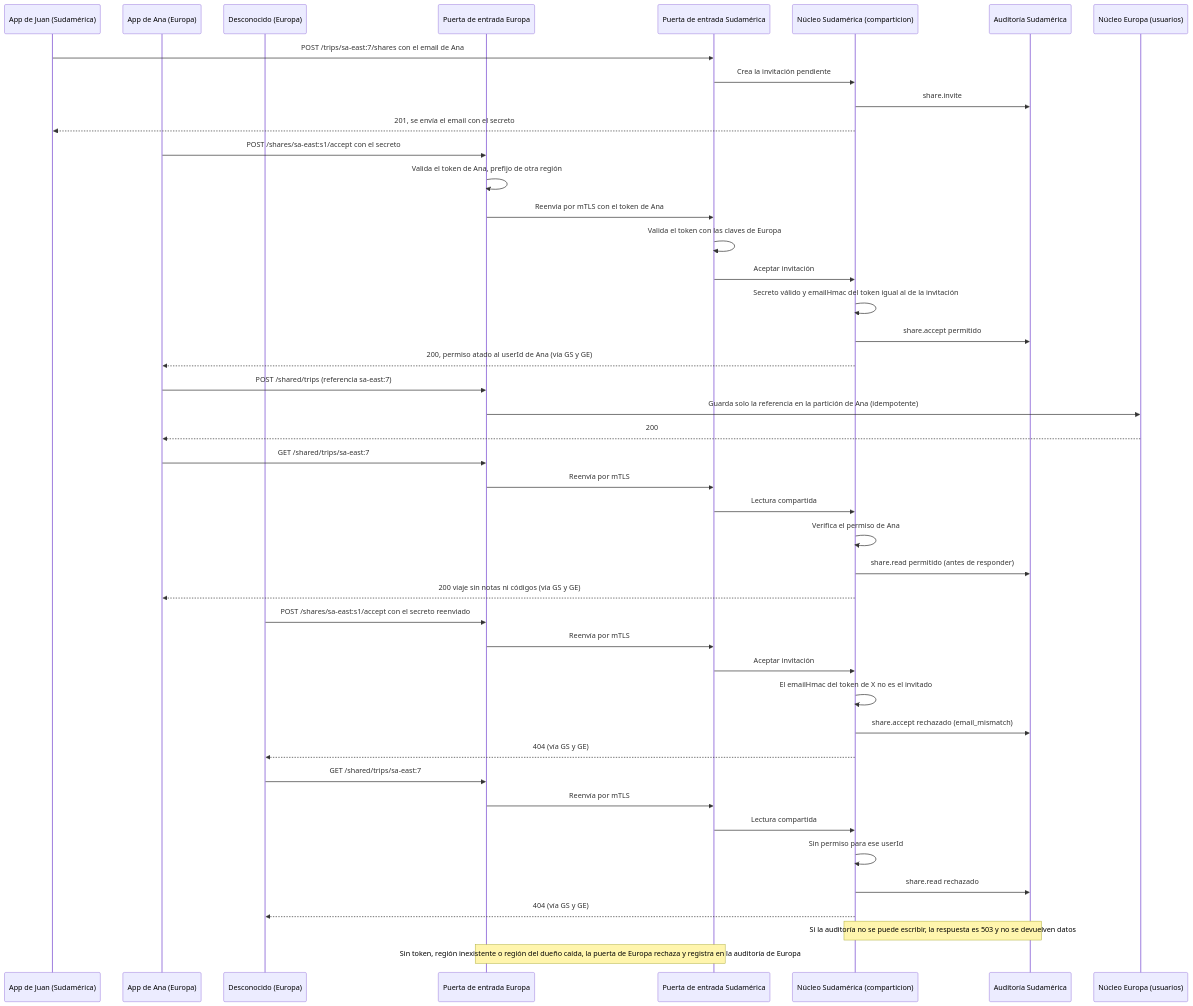
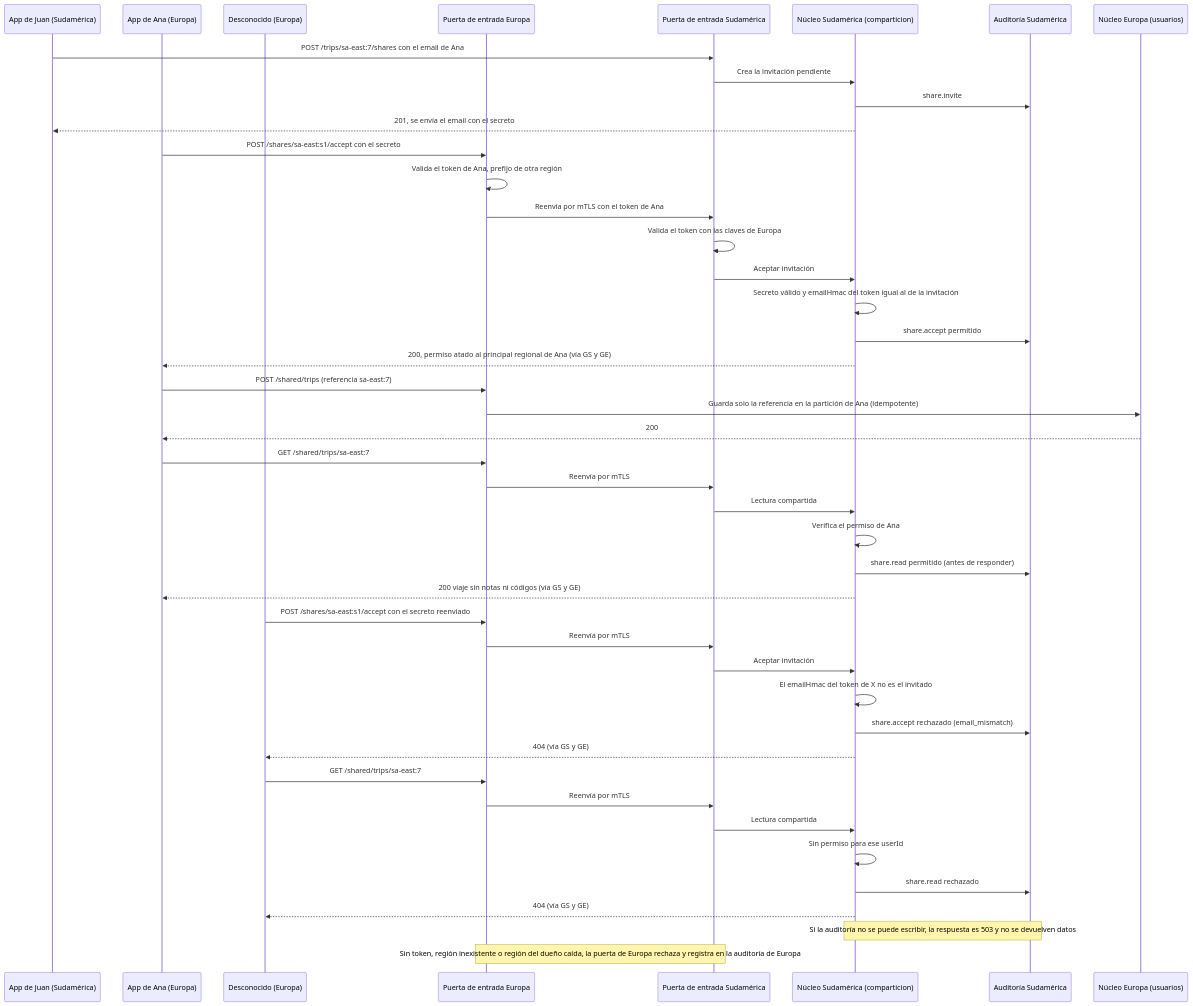
Before and after one commit to TadeoBrun1/TPE_software: the third of 5 diagrams in trotamundos/docs/02-views/sequence-views.md, drawn with Mermaid. The commit also changed other lines of this file and 25 other files, not shown here.

````diff
--- a/trotamundos/docs/02-views/sequence-views.md
+++ b/trotamundos/docs/02-views/sequence-views.md
@@ -94,46 +94,46 @@
 ```mermaid
 sequenceDiagram
     participant J as App de Juan (Sudamérica)
     participant A as App de Ana (Europa)
     participant X as Desconocido (Europa)
     participant GE as Puerta de entrada Europa
     participant GS as Puerta de entrada Sudamérica
     participant N as Núcleo Sudamérica (comparticion)
     participant AU as Auditoría Sudamérica
     participant NE as Núcleo Europa (usuarios)
     J->>GS: POST /trips/sa-east:7/shares con el email de Ana
     GS->>N: Crea la invitación pendiente
     N->>AU: share.invite
     N-->>J: 201, se envía el email con el secreto
     A->>GE: POST /shares/sa-east:s1/accept con el secreto
     GE->>GE: Valida el token de Ana, prefijo de otra región
     GE->>GS: Reenvía por mTLS con el token de Ana
     GS->>GS: Valida el token con las claves de Europa
     GS->>N: Aceptar invitación
     N->>N: Secreto válido y emailHmac del token igual al de la invitación
     N->>AU: share.accept permitido
-    N-->>A: 200, permiso atado al userId de Ana (vía GS y GE)
+    N-->>A: 200, permiso atado al principal regional de Ana (vía GS y GE)
     A->>GE: POST /shared/trips (referencia sa-east:7)
     GE->>NE: Guarda solo la referencia en la partición de Ana (idempotente)
     NE-->>A: 200
     A->>GE: GET /shared/trips/sa-east:7
     GE->>GS: Reenvía por mTLS
     GS->>N: Lectura compartida
     N->>N: Verifica el permiso de Ana
     N->>AU: share.read permitido (antes de responder)
     N-->>A: 200 viaje sin notas ni códigos (vía GS y GE)
     X->>GE: POST /shares/sa-east:s1/accept con el secreto reenviado
     GE->>GS: Reenvía por mTLS
     GS->>N: Aceptar invitación
     N->>N: El emailHmac del token de X no es el invitado
     N->>AU: share.accept rechazado (email_mismatch)
     N-->>X: 404 (vía GS y GE)
     X->>GE: GET /shared/trips/sa-east:7
     GE->>GS: Reenvía por mTLS
     GS->>N: Lectura compartida
     N->>N: Sin permiso para ese userId
     N->>AU: share.read rechazado
     N-->>X: 404 (vía GS y GE)
     Note over N,AU: Si la auditoría no se puede escribir, la respuesta es 503 y no se devuelven datos
     Note over GE,GS: Sin token, región inexistente o región del dueño caída, la puerta de Europa rechaza y registra en la auditoría de Europa
 ```
````
